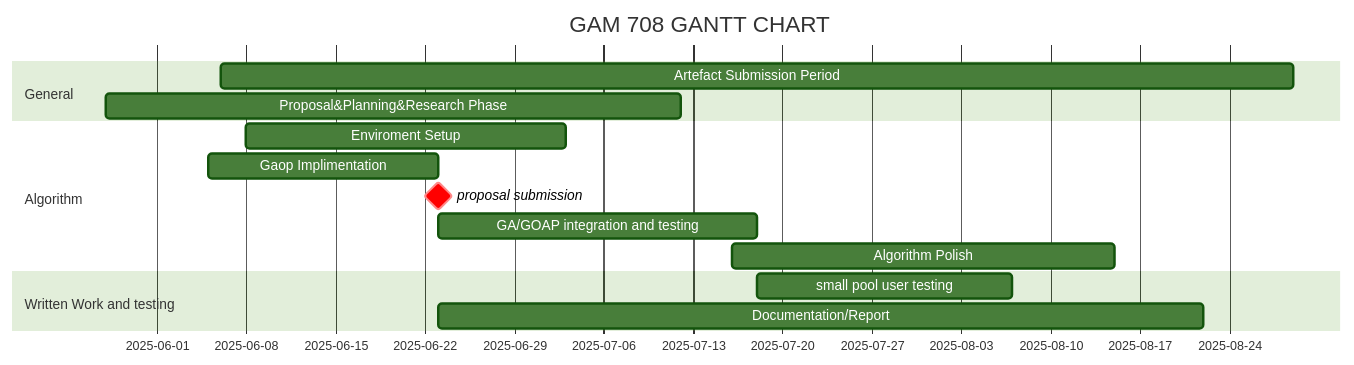
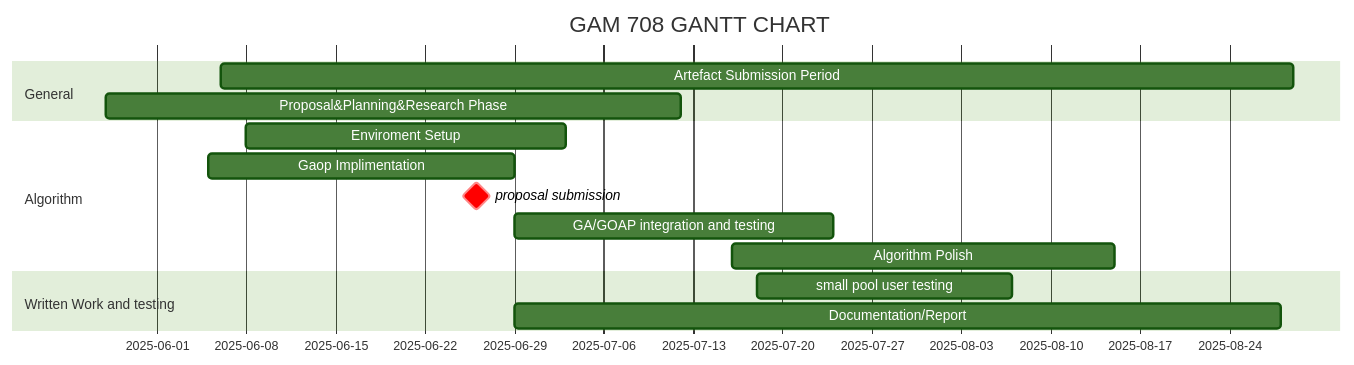
Before and after one commit to 20Whey/Masters-Thesis708: the diagram in mermaid.md, drawn with Mermaid. The commit also changed other lines of this file and 2 other files, not shown here.

````diff
--- a/mermaid.md
+++ b/mermaid.md
@@ -12,18 +3,18 @@
 ```mermaid
 %%{init:{'theme':'forest'}}%%
 gantt
     title GAM 708 GANTT CHART
     dateFormat  YYYY-MM-DD
     section General
     Artefact Submission Period :al 2025-06-06  , 84d
     Proposal&Planning&Research Phase:ab, 2025-05-28, 45d
     section Algorithm 
     Enviroment Setup :al 2025-06-8  , 25d
-    Gaop Implimentation:ab, 2025-06-05, 2025-06-23
+    Gaop Implimentation:ab, 2025-06-05, 2025-06-29
     proposal submission :milestone, crit, 2025-06-23
     GA/GOAP integration and testing:after ab, 25d
     Algorithm Polish: al 2025-07-16, 30d
     section Written Work and testing
     small pool user testing: al 2025-07-18, 20d
     Documentation/Report: after ab, 60d
 ``` 
````
